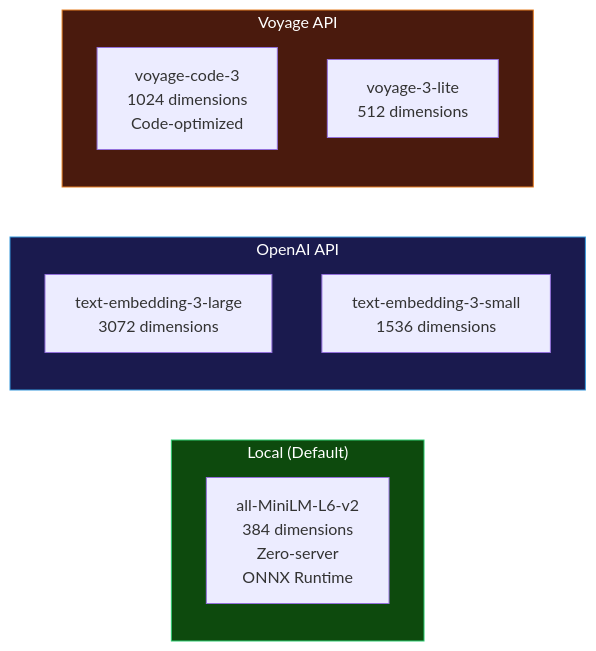
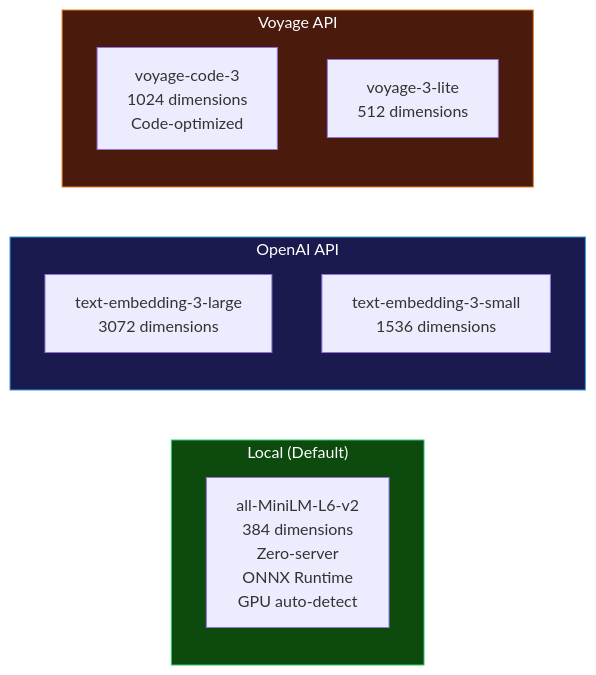
The fifth of 11 diagrams in docs/mcp-vector-memory.md (dnviti/claude-task-development-framework), drawn with Mermaid before and after one commit. The commit also changed other lines of this file and 10 other files, not shown here.

````diff
--- a/docs/mcp-vector-memory.md
+++ b/docs/mcp-vector-memory.md
@@ -350,20 +398,20 @@
 ```mermaid
 flowchart LR
     subgraph Local["Local (Default)"]
-        L["all-MiniLM-L6-v2<br>384 dimensions<br>Zero-server<br>ONNX Runtime"]
+        L["all-MiniLM-L6-v2<br>384 dimensions<br>Zero-server<br>ONNX Runtime<br>GPU auto-detect"]
     end
 
     subgraph OpenAI["OpenAI API"]
         O1["text-embedding-3-large<br>3072 dimensions"]
         O2["text-embedding-3-small<br>1536 dimensions"]
     end
 
     subgraph Voyage["Voyage API"]
         V1["voyage-code-3<br>1024 dimensions<br>Code-optimized"]
         V2["voyage-3-lite<br>512 dimensions"]
     end
 
     style Local fill:#0d4a0d,stroke:#2ecc71,color:#fff
     style OpenAI fill:#1a1a4e,stroke:#3498db,color:#fff
     style Voyage fill:#4a1a0d,stroke:#e67e22,color:#fff
 ```
````
